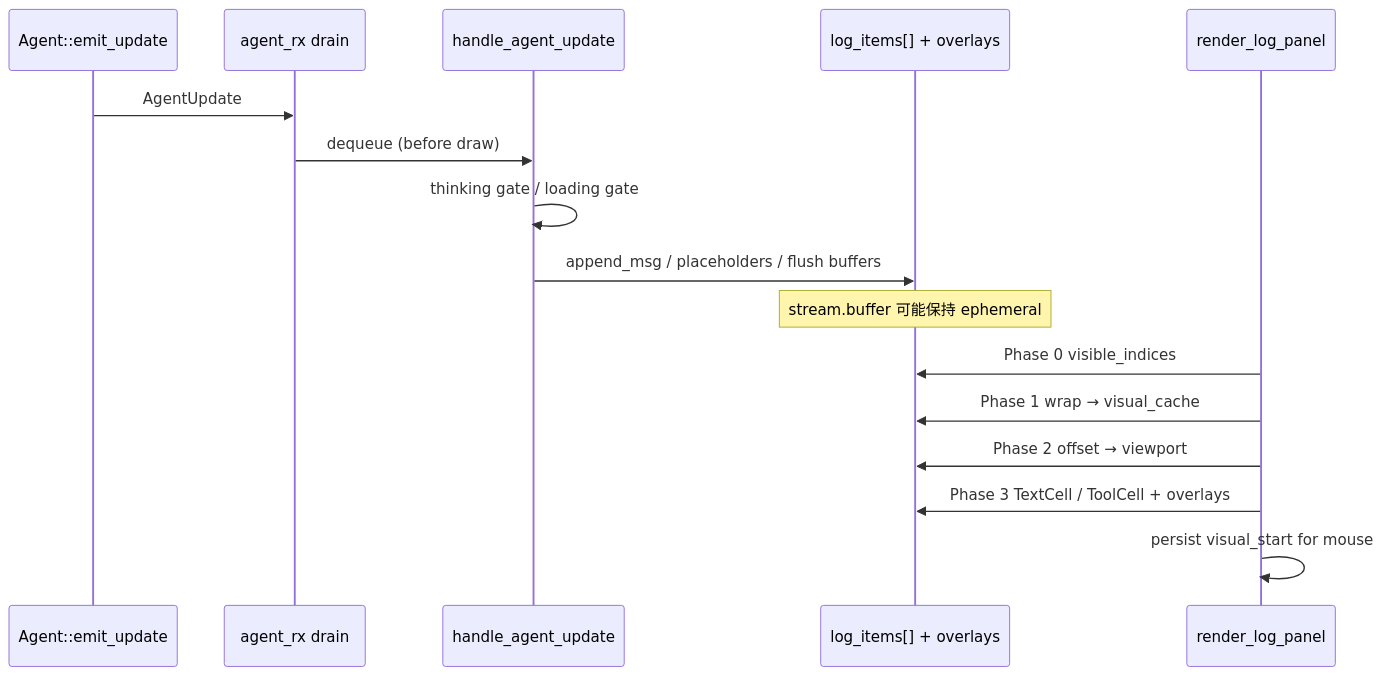
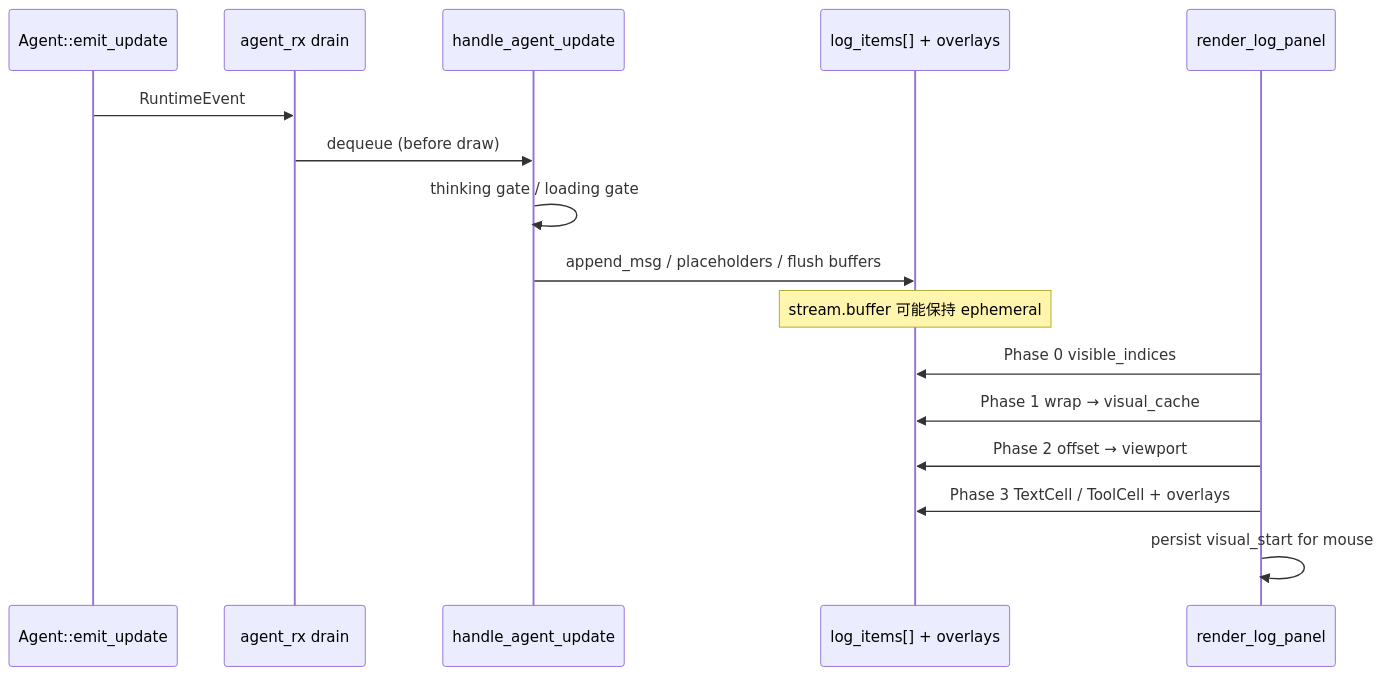
One commit to rust-infra/tact changed the third of 3 diagrams in book/23_chapter_tui_zh.md. Above: the diagram before and after it, drawn with Mermaid. The commit also changed other lines of this file and 17 other files, not shown here.

First line of the commit message:
docs(book): the agent→TUI enum is RuntimeEvent, not AgentUpdate

````diff
--- a/book/23_chapter_tui_zh.md
+++ b/book/23_chapter_tui_zh.md
@@ -682,19 +682,19 @@
 ```mermaid
 sequenceDiagram
     participant Agent as Agent::emit_update
     participant Rx as agent_rx drain
     participant H as handle_agent_update
     participant M as log_items[] + overlays
     participant R as render_log_panel
 
-    Agent->>Rx: AgentUpdate
+    Agent->>Rx: RuntimeEvent
     Rx->>H: dequeue (before draw)
     H->>H: thinking gate / loading gate
     H->>M: append_msg / placeholders / flush buffers
     Note over M: stream.buffer 可能保持 ephemeral
     R->>M: Phase 0 visible_indices
     R->>M: Phase 1 wrap → visual_cache
     R->>M: Phase 2 offset → viewport
     R->>M: Phase 3 TextCell / ToolCell + overlays
     R->>R: persist visual_start for mouse
 ```
````
